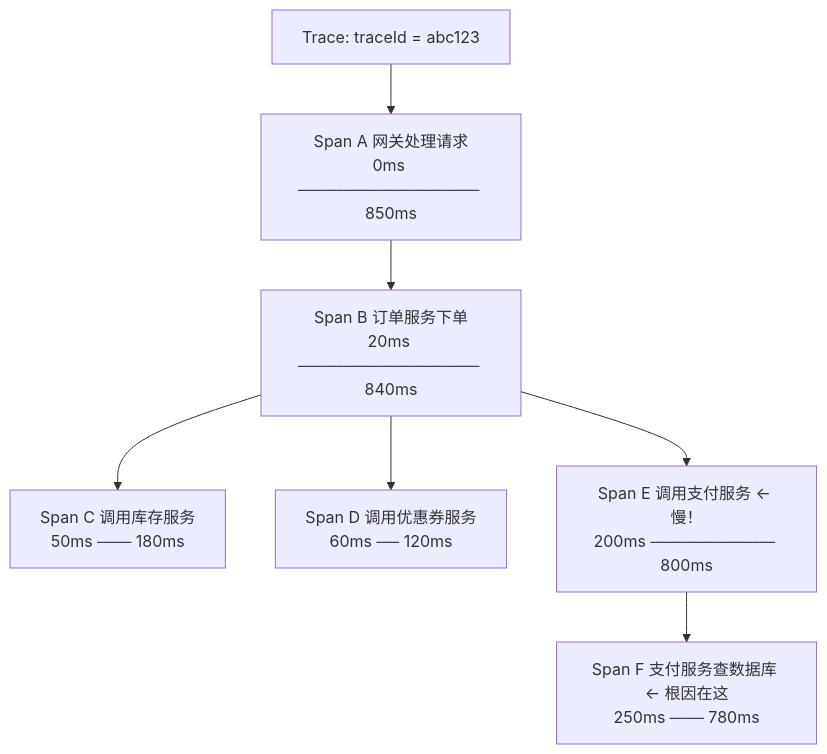
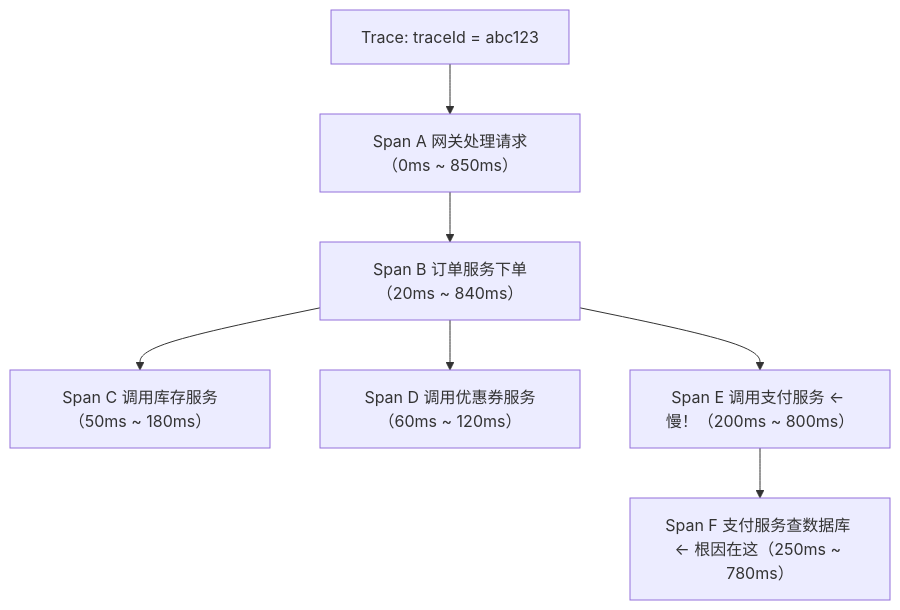
One commit to rebibabo/rebibabo.github.io changed the second of 7 diagrams in source/_posts/Java-advanced/07-tracing.md. Above: the diagram before and after it, drawn with Mermaid. The commit also changed 3 other files, not shown here.

````diff
--- a/source/_posts/Java-advanced/07-tracing.md
+++ b/source/_posts/Java-advanced/07-tracing.md
@@ -124,9 +124,9 @@
 ```mermaid
 graph TB
-    Trace["Trace: traceId = abc123"] --> A["Span A 网关处理请求<br/>0ms ──────────────── 850ms"]
-    A --> B["Span B 订单服务下单<br/>20ms ──────────────── 840ms"]
-    B --> C["Span C 调用库存服务<br/>50ms ─── 180ms"]
-    B --> D["Span D 调用优惠券服务<br/>60ms ── 120ms"]
-    B --> E["Span E 调用支付服务 ← 慢！<br/>200ms ─────────── 800ms"]
-    E --> F["Span F 支付服务查数据库 ← 根因在这<br/>250ms ─── 780ms"]
+    Trace["Trace: traceId = abc123"] --> A["Span A 网关处理请求（0ms ~ 850ms）"]
+    A --> B["Span B 订单服务下单（20ms ~ 840ms）"]
+    B --> C["Span C 调用库存服务（50ms ~ 180ms）"]
+    B --> D["Span D 调用优惠券服务（60ms ~ 120ms）"]
+    B --> E["Span E 调用支付服务 ← 慢！（200ms ~ 800ms）"]
+    E --> F["Span F 支付服务查数据库 ← 根因在这（250ms ~ 780ms）"]
 ```
````
